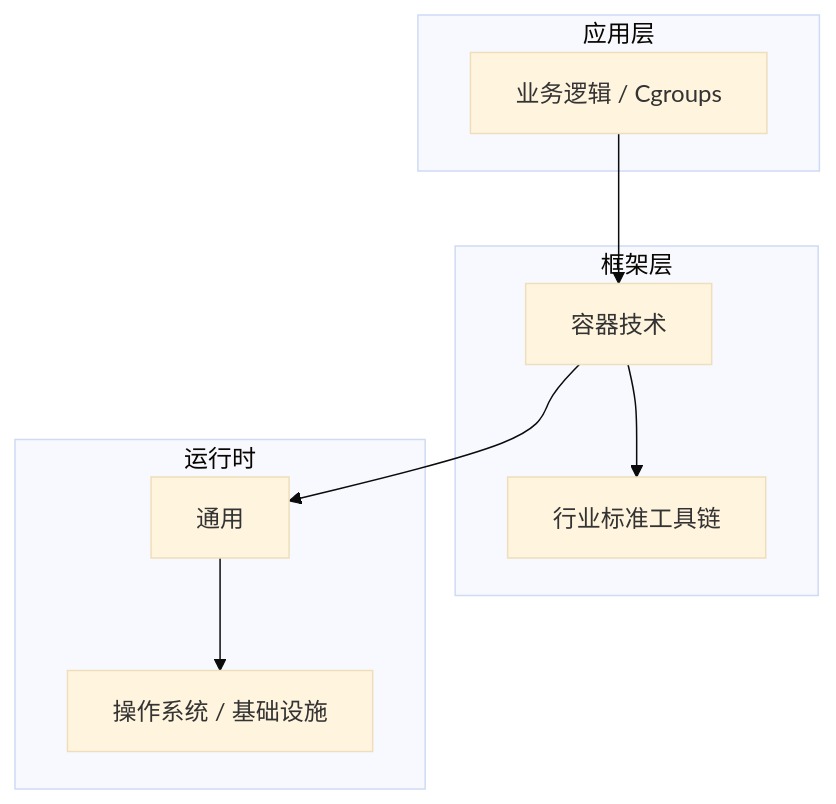
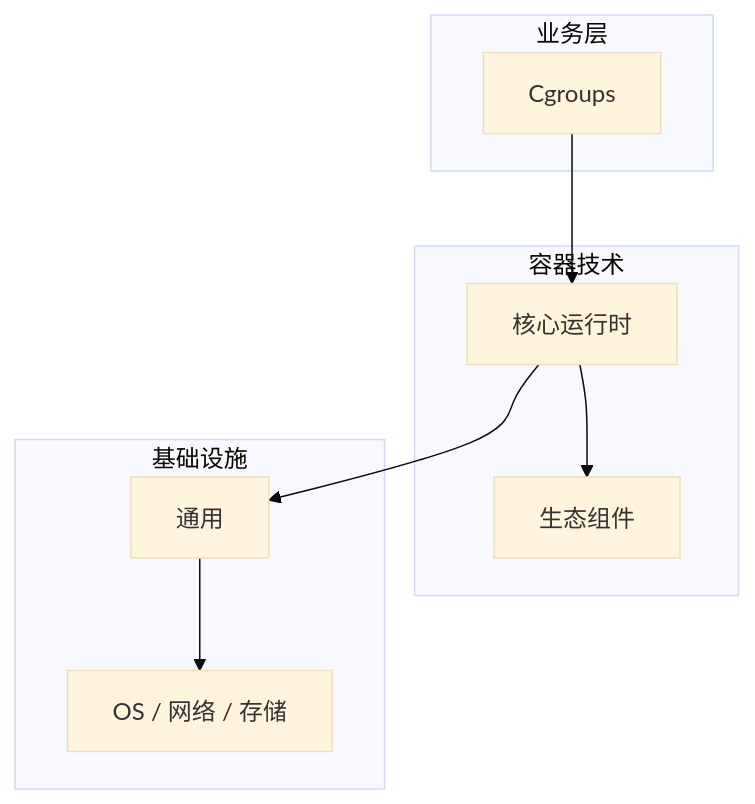
The diagram in articles/容器技术/chapters/021-Cgroups核心概念与原理.md (yanggan2015/knowledge-json-v2), drawn with Mermaid (base theme) before and after one commit. The commit also changed other lines of this file and 10127 other files, not shown here.

````diff
--- a/articles/容器技术/chapters/021-Cgroups核心概念与原理.md
+++ b/articles/容器技术/chapters/021-Cgroups核心概念与原理.md
@@ -45,18 +34,18 @@
 ```mermaid
 graph TB
-    subgraph 应用层
-        A[业务逻辑 / Cgroups]
+    subgraph 业务层
+        A[Cgroups]
     end
-    subgraph 框架层
-        B[容器技术]
-        C[行业标准工具链]
+    subgraph 容器技术
+        B[核心运行时]
+        C[生态组件]
     end
-    subgraph 运行时
+    subgraph 基础设施
         D[通用]
-        E[操作系统 / 基础设施]
+        E[OS / 网络 / 存储]
     end
     A --> B
     B --> C
     B --> D
     D --> E
 ```
````
